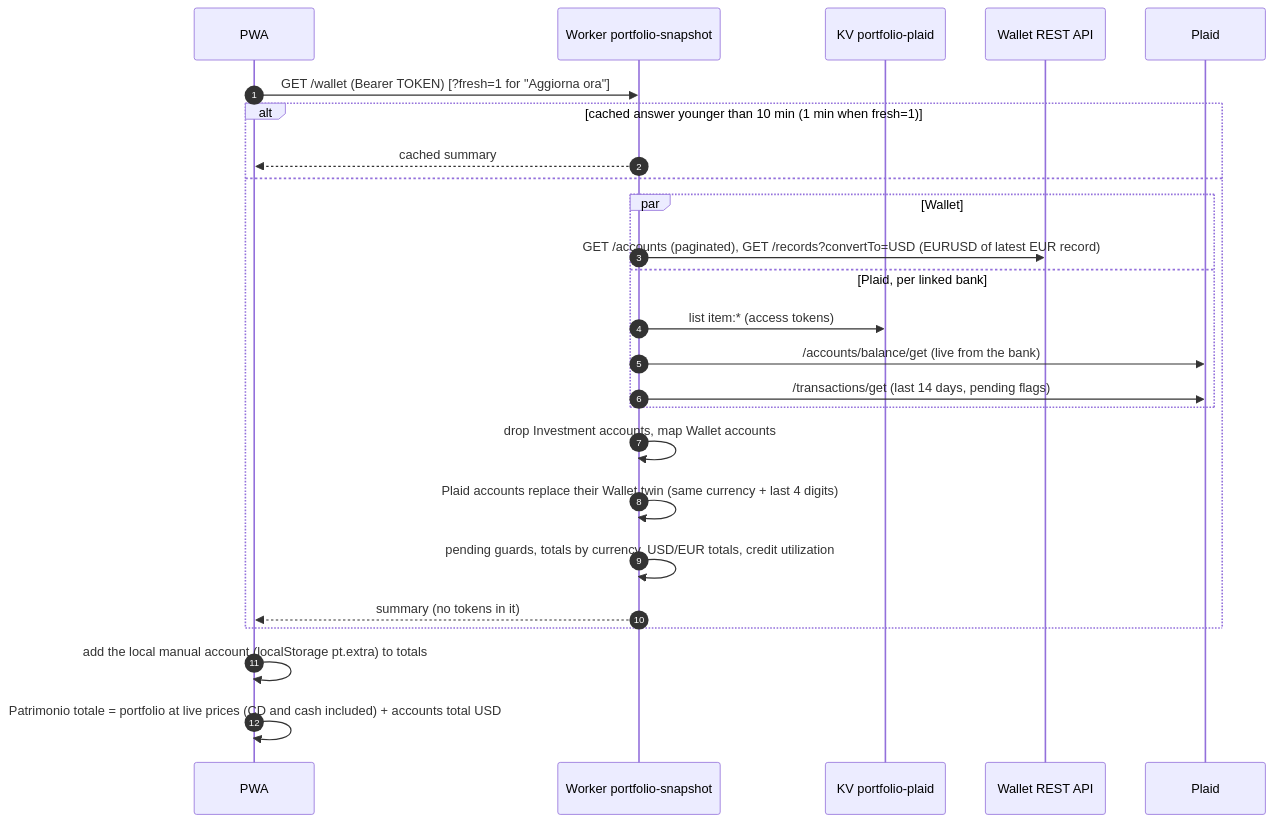
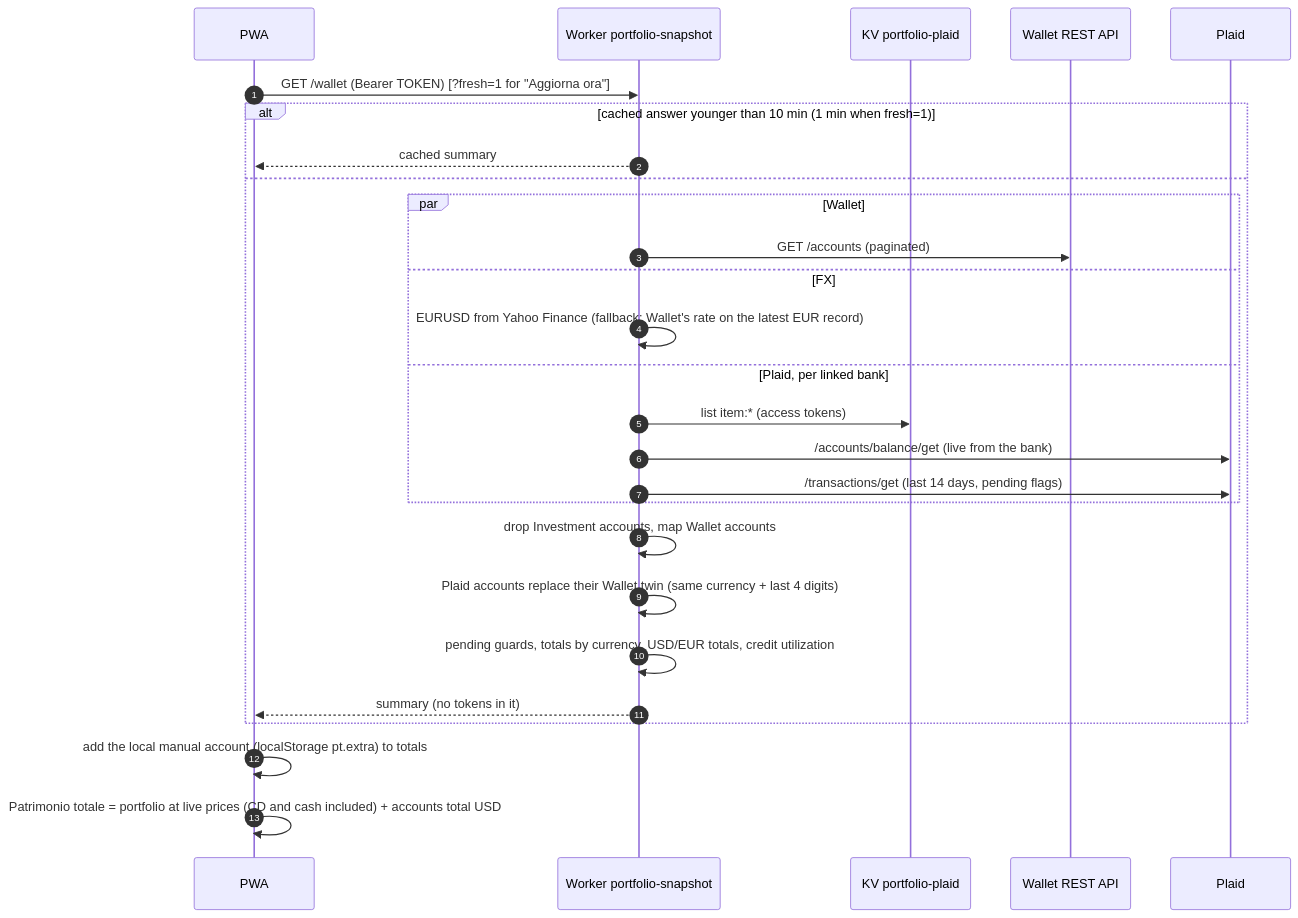
One commit to brunohp89/portfolio-tracker changed the third of 4 diagrams in docs/ARCHITECTURE.md. Above: the diagram before and after it, drawn with Mermaid. The commit also changed other lines of this file and 2 other files, not shown here.

Commit message:
Take EURUSD from Yahoo Finance for the bank totals
The Conti totals and the net worth converted euro balances at the rate
Wallet applied to the latest EUR record, which could be weeks old and
differed from the brief's rate. The Worker now reads EURUSD=X from Yahoo
Finance, the brief's source, with the same browser headers as the
yahoo-proxy Worker, and falls back to Wallet's rate only when Yahoo does
not answer. The rate carries its source and time; the note under the
table shows both. The architecture document is updated to match.

````diff
--- a/docs/ARCHITECTURE.md
+++ b/docs/ARCHITECTURE.md
@@ -171,27 +171,29 @@
 ```mermaid
 sequenceDiagram
   autonumber
   participant P as PWA
   participant W as Worker portfolio-snapshot
   participant K as KV portfolio-plaid
   participant B as Wallet REST API
   participant L as Plaid
   P->>W: GET /wallet (Bearer TOKEN) [?fresh=1 for "Aggiorna ora"]
   alt cached answer younger than 10 min (1 min when fresh=1)
     W-->>P: cached summary
   else
     par Wallet
-      W->>B: GET /accounts (paginated), GET /records?convertTo=USD (EURUSD of latest EUR record)
+      W->>B: GET /accounts (paginated)
+    and FX
+      W->>W: EURUSD from Yahoo Finance (fallback: Wallet's rate on the latest EUR record)
     and Plaid, per linked bank
       W->>K: list item:* (access tokens)
       W->>L: /accounts/balance/get (live from the bank)
       W->>L: /transactions/get (last 14 days, pending flags)
     end
     W->>W: drop Investment accounts, map Wallet accounts
     W->>W: Plaid accounts replace their Wallet twin (same currency + last 4 digits)
     W->>W: pending guards, totals by currency, USD/EUR totals, credit utilization
     W-->>P: summary (no tokens in it)
   end
   P->>P: add the local manual account (localStorage pt.extra) to totals
   P->>P: Patrimonio totale = portfolio at live prices (CD and cash included) + accounts total USD
 ```
````
